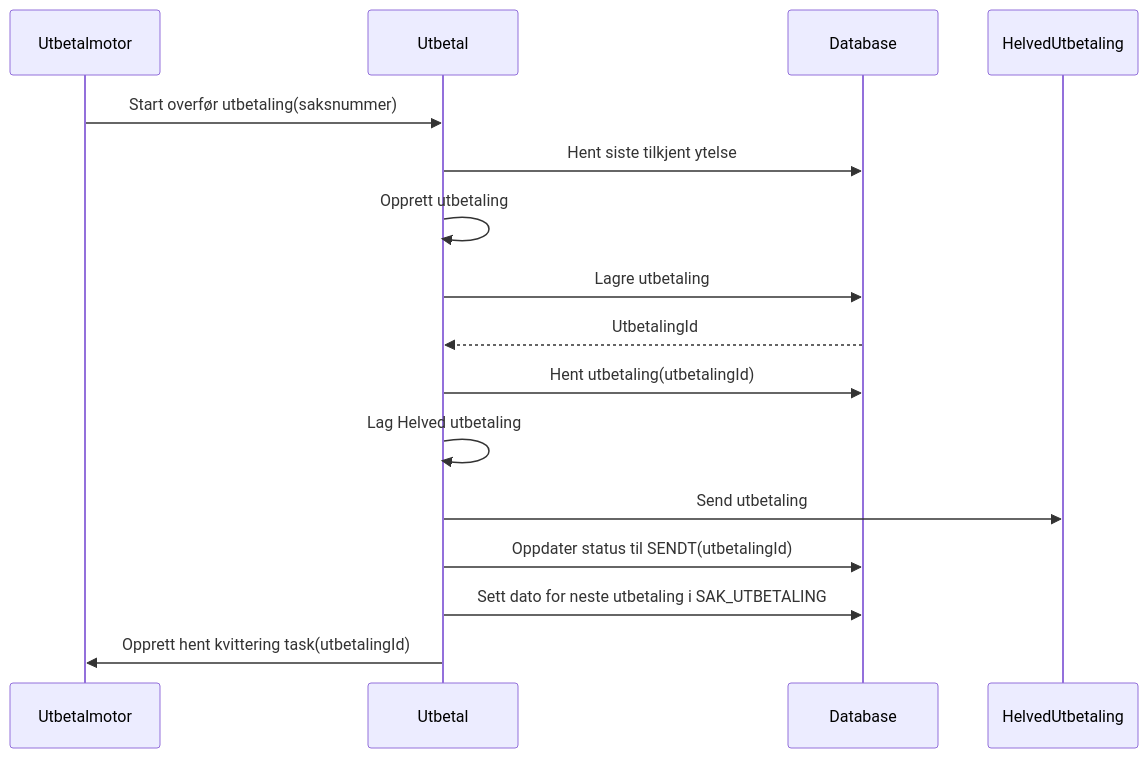
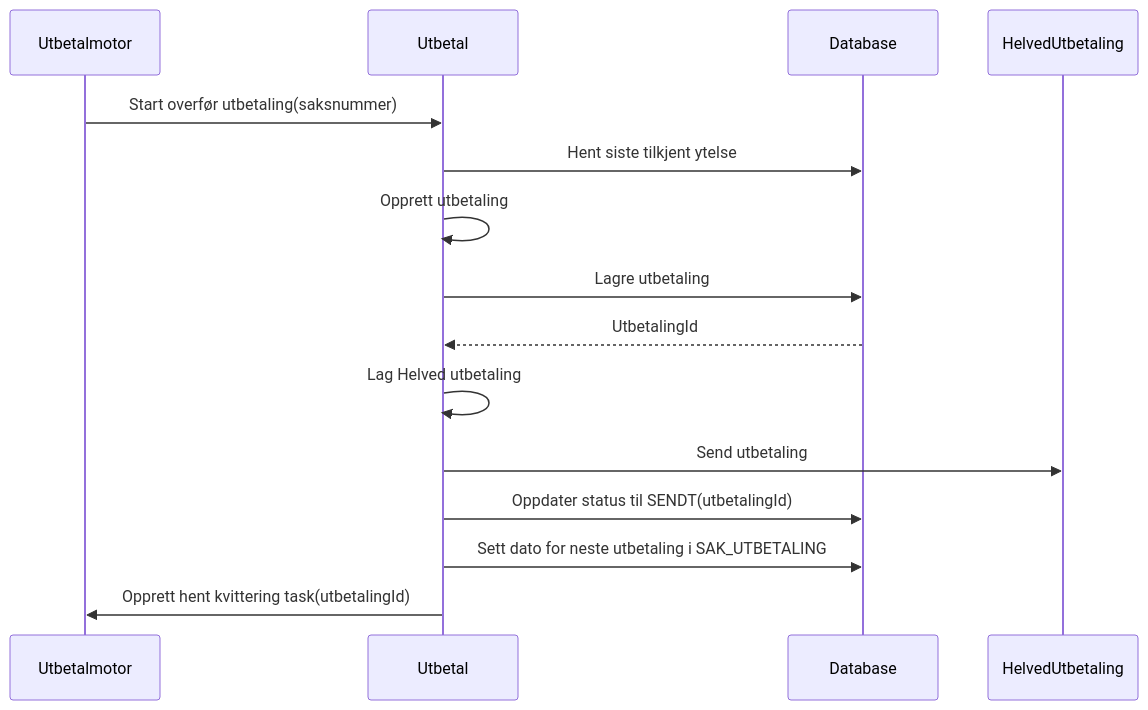
The fourth of 7 diagrams in README.md (navikt/aap-utbetal), drawn with Mermaid before and after one commit.

Commit message:
Fjernet unødvendig kall fra design doc

````diff
--- a/README.md
+++ b/README.md
@@ -47,14 +47,13 @@
 ```mermaid
 sequenceDiagram
 Utbetalmotor->>Utbetal: Start overfør utbetaling(saksnummer)
 Utbetal->>Database: Hent siste tilkjent ytelse
 Utbetal->>Utbetal: Opprett utbetaling
 Utbetal->>Database: Lagre utbetaling
 Database-->>Utbetal: UtbetalingId
-Utbetal->>Database: Hent utbetaling(utbetalingId)
 Utbetal->>Utbetal: Lag Helved utbetaling
 Utbetal->>HelvedUtbetaling: Send utbetaling
 Utbetal->>Database: Oppdater status til SENDT(utbetalingId)
 Utbetal->>Database: Sett dato for neste utbetaling i SAK_UTBETALING
 Utbetal->>Utbetalmotor: Opprett hent kvittering task(utbetalingId)
 ```
````
